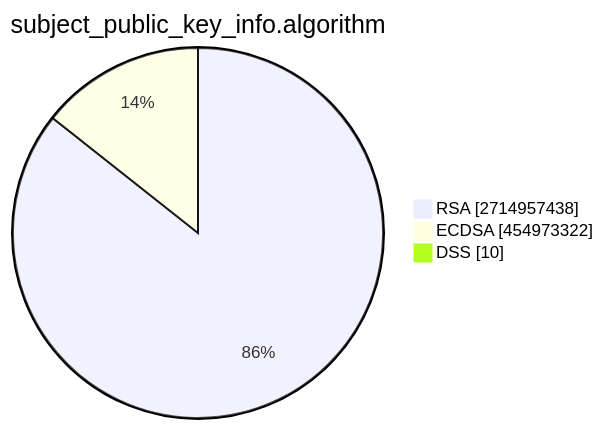
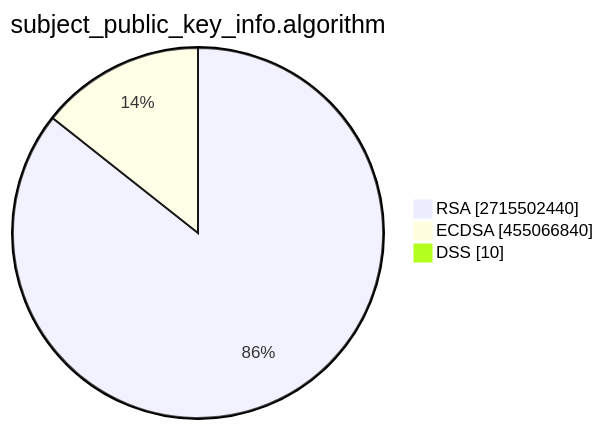
One commit to christiankrug/ctmonitor_visualization changed the second of 15 diagrams in TOTAL/README.md. Above: the diagram before and after it, drawn with Mermaid. The commit also changed other lines of this file, not shown here.

````diff
--- a/TOTAL/README.md
+++ b/TOTAL/README.md
@@ -6,7 +6,7 @@
 ```mermaid
 pie showData
 title subject_public_key_info.algorithm
-"RSA" :2714957438
-"ECDSA" :454973322
+"RSA" :2715502440
+"ECDSA" :455066840
 "DSS" :10
 ```
````
